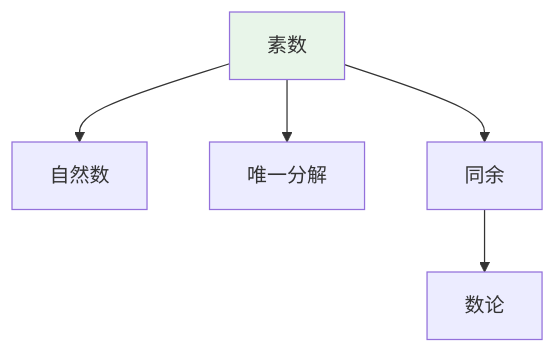
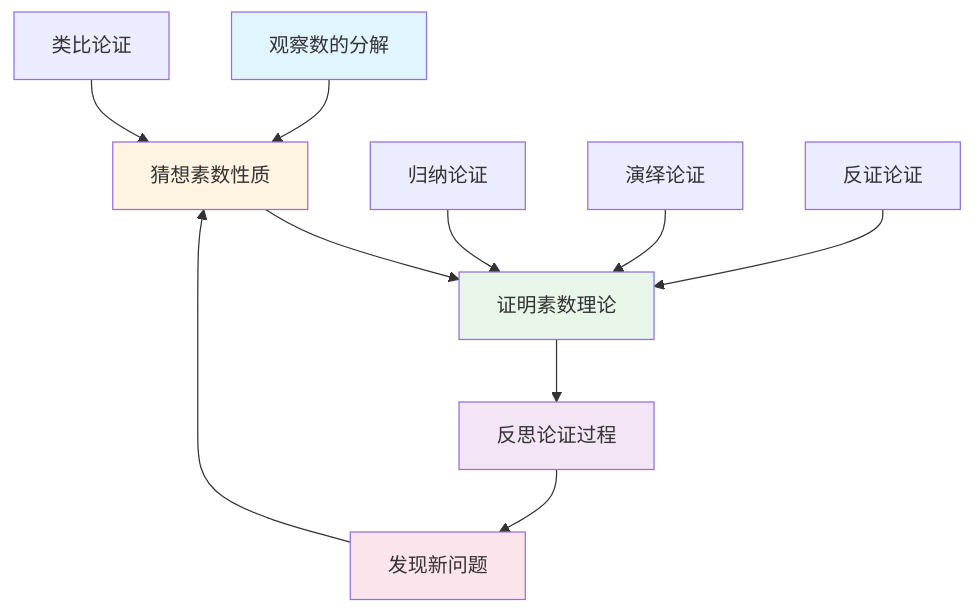
The fifth of 11 diagrams in concept/核心概念/26-素数.md (AdaMartin18010/FormalMath), drawn with Mermaid before and after one commit. The commit also changed other lines of this file and 4793 other files, not shown here.

````diff
--- a/concept/核心概念/26-素数.md
+++ b/concept/核心概念/26-素数.md
@@ -685,9 +1478,19 @@
 ```mermaid
 graph TD
-    A[素数] --> B[自然数]
-    A --> C[唯一分解]
-    A --> D[同余]
-    D --> E[数论]
+    A[观察数的分解] --> B[猜想素数性质]
+    B --> C[证明素数理论]
+    C --> D[反思论证过程]
+    D --> E[发现新问题]
+    E --> B
 
-    style A fill:#e8f5e9
+    F[归纳论证] --> C
+    G[演绎论证] --> C
+    H[类比论证] --> B
+    I[反证论证] --> C
+
+    style A fill:#e1f5ff
+    style B fill:#fff4e1
+    style C fill:#e8f5e9
+    style D fill:#f3e5f5
+    style E fill:#fce4ec
 ```
````
